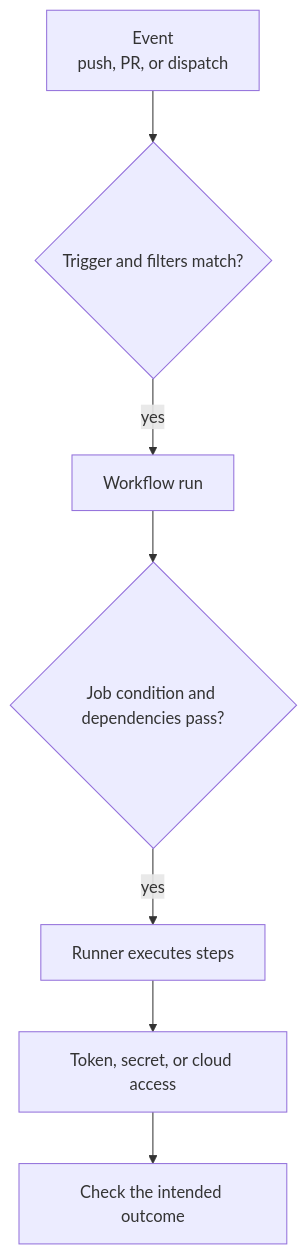
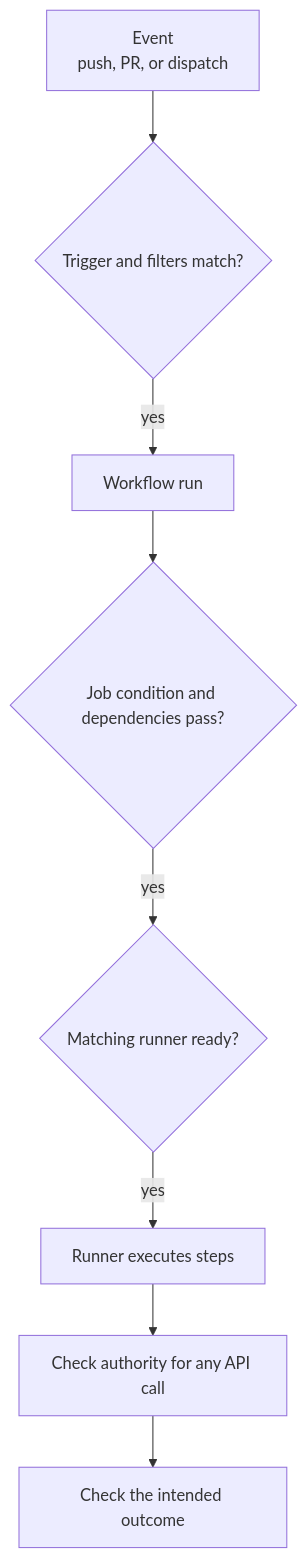
The diagram in knowledge/git/github-actions/common-solutions.md (David-A18/MY-humble-knowledge-for-everyone), drawn with Mermaid before and after one commit. The commit also changed other lines of this file and 7 other files, not shown here.

````diff
--- a/knowledge/git/github-actions/common-solutions.md
+++ b/knowledge/git/github-actions/common-solutions.md
@@ -48,9 +63,10 @@
 ```mermaid
 flowchart TB
   event["Event<br/>push, PR, or dispatch"] --> trigger{"Trigger and filters match?"}
   trigger -- "yes" --> run["Workflow run"]
   run --> job{"Job condition and dependencies pass?"}
-  job -- "yes" --> step["Runner executes steps"]
-  step --> access["Token, secret, or cloud access"]
+  job -- "yes" --> runner{"Matching runner ready?"}
+  runner -- "yes" --> step["Runner executes steps"]
+  step --> access["Check authority for any API call"]
   access --> outcome["Check the intended outcome"]
 ```
````
